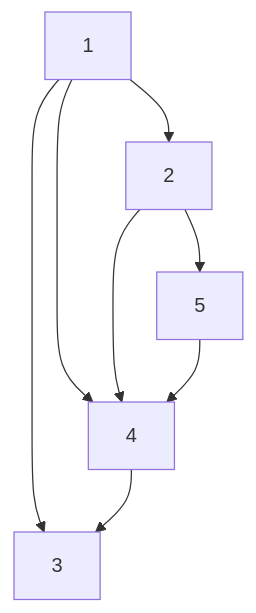
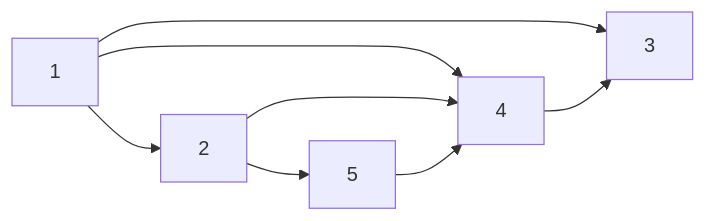
The diagram in kotlin/structures/adjacency-list.md (saharathkleips/interview), drawn with Mermaid before and after one commit.

Commit message:
mermaid direction

````diff
--- a/kotlin/structures/adjacency-list.md
+++ b/kotlin/structures/adjacency-list.md
@@ -8,10 +8,10 @@
 ```mermaid
-graph TD;
+graph LR;
   1-->2;
   1-->3;
   1-->4;
   2-->4;
   2-->5;
   4-->3;
   5-->4;
 ```
````
